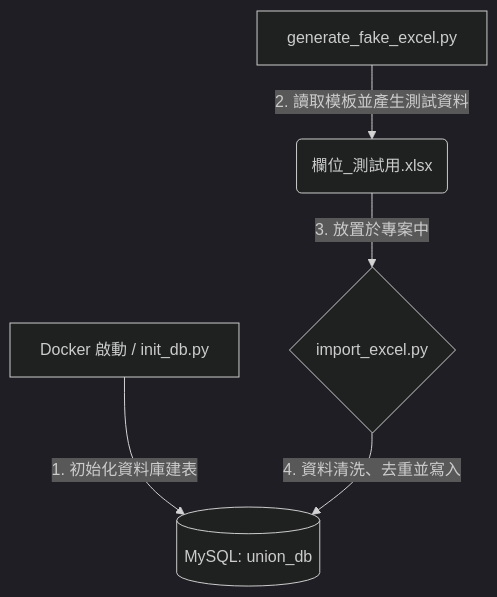
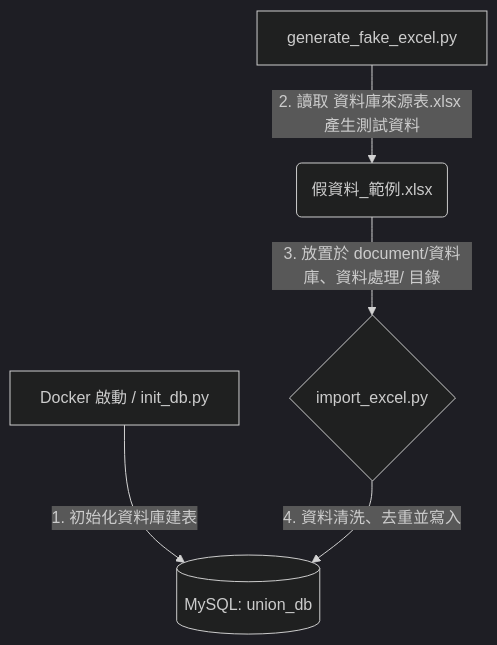
The diagram in README.md (chrishzc/Labor_union), drawn with Mermaid (dark theme) before and after one commit. The commit also changed other lines of this file and 12 other files, not shown here.

Commit message:
docs & chore: update templates and excel data paths, document newly added templates in README

````diff
--- a/README.md
+++ b/README.md
@@ -123,7 +144,7 @@
 ```mermaid
 graph TD
     A[Docker 啟動 / init_db.py] -->|1. 初始化資料庫建表| B[(MySQL: union_db)]
-    C[generate_fake_excel.py] -->|2. 讀取模板並產生測試資料| D(欄位_測試用.xlsx)
-    D -->|3. 放置於專案中| E{import_excel.py}
+    C[generate_fake_excel.py] -->|2. 讀取 資料庫來源表.xlsx 產生測試資料| D(假資料_範例.xlsx)
+    D -->|3. 放置於 document/資料庫、資料處理/ 目錄| E{import_excel.py}
     E -->|4. 資料清洗、去重並寫入| B
 ```
````
